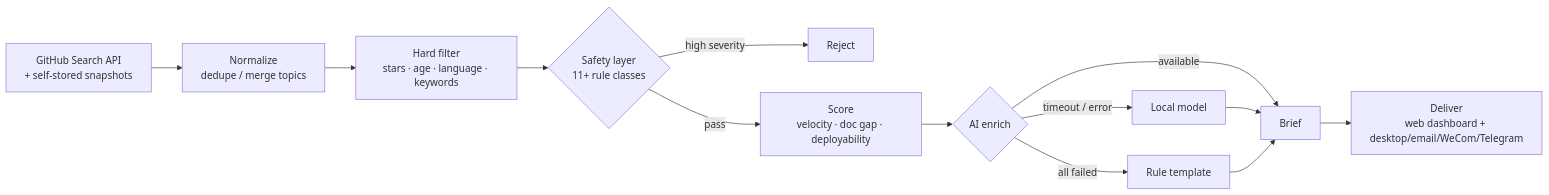
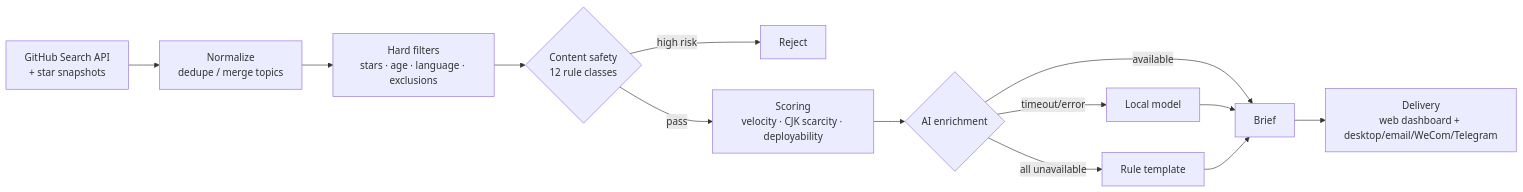
Before and after one commit to cyn-nya/intel-radar: the diagram in README.en.md, drawn with Mermaid. The commit also changed other lines of this file and 1 other file, not shown here.

````diff
--- a/README.en.md
+++ b/README.en.md
@@ -54,13 +52,13 @@
 ```mermaid
 flowchart LR
-    A["GitHub Search API<br/>+ self-stored snapshots"] --> B["Normalize<br/>dedupe / merge topics"]
-    B --> C["Hard filter<br/>stars · age · language · keywords"]
-    C --> D{"Safety layer<br/>11+ rule classes"}
-    D -->|high severity| X["Reject"]
-    D -->|pass| E["Score<br/>velocity · doc gap · deployability"]
-    E --> F{"AI enrich"}
+    A["GitHub Search API<br/>+ star snapshots"] --> B["Normalize<br/>dedupe / merge topics"]
+    B --> C["Hard filters<br/>stars · age · language · exclusions"]
+    C --> D{"Content safety<br/>12 rule classes"}
+    D -->|high risk| X["Reject"]
+    D -->|pass| E["Scoring<br/>velocity · CJK scarcity · deployability"]
+    E --> F{"AI enrichment"}
     F -->|"available"| G["Brief"]
-    F -->|"timeout / error"| G2["Local model"] --> G
-    F -->|"all failed"| G3["Rule template"] --> G
-    G --> H["Deliver<br/>web dashboard + desktop/email/WeCom/Telegram"]
+    F -->|"timeout/error"| G2["Local model"] --> G
+    F -->|"all unavailable"| G3["Rule template"] --> G
+    G --> H["Delivery<br/>web dashboard + desktop/email/WeCom/Telegram"]
 ```
````
